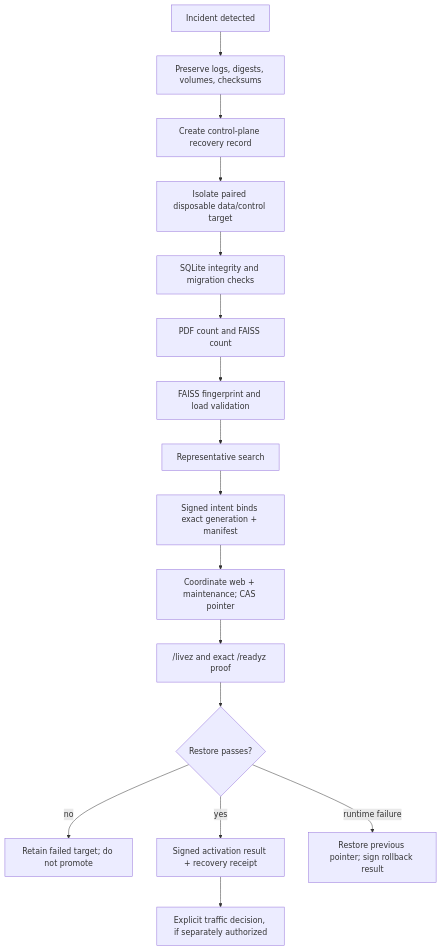
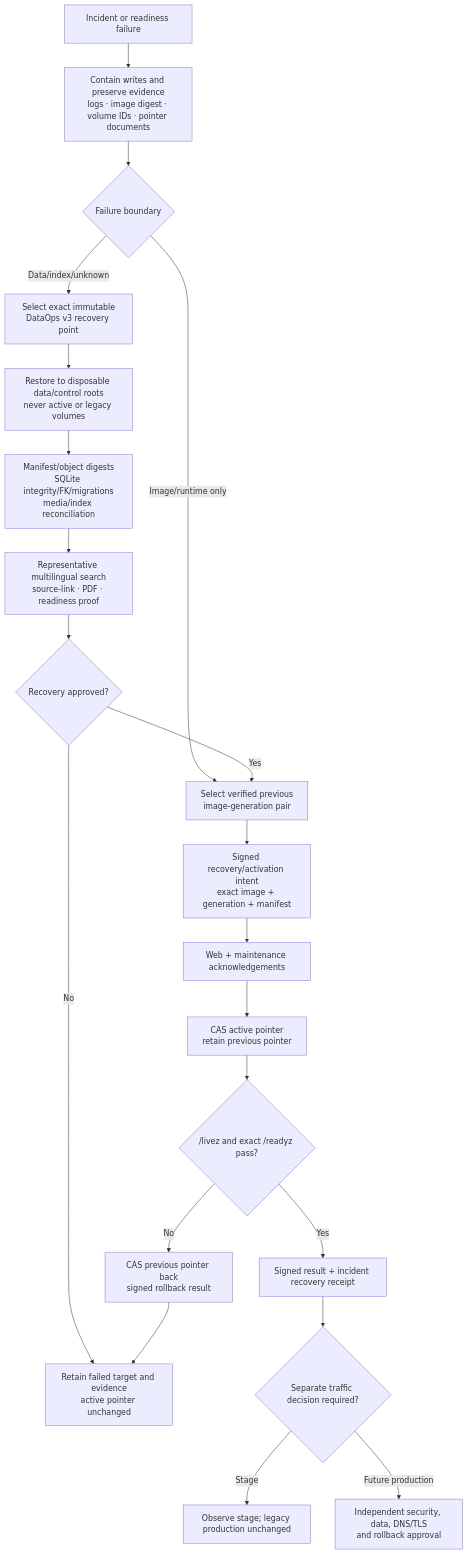
Before and after one commit to Nimble-esolutions/PdfSearch: the diagram in docs/diagrams/incident-recovery.mmd, drawn with Mermaid. The commit also changed 69 other files, not shown here.

First line of the commit message:
Optimize signed-runtime search latency and answer continuity (#192)

```diff
--- a/docs/diagrams/incident-recovery.mmd
+++ b/docs/diagrams/incident-recovery.mmd
@@ -1,16 +1,25 @@
 flowchart TD
-    incident["Incident detected"] --> evidence["Preserve logs, digests, volumes, checksums"]
-    evidence --> record["Create control-plane recovery record"]
-    record --> isolate["Isolate paired disposable data/control target"]
-    isolate --> integrity["SQLite integrity and migration checks"]
-    integrity --> counts["PDF count and FAISS count"]
-    counts --> indexes["FAISS fingerprint and load validation"]
-    indexes --> search["Representative search"]
-    search --> intent["Signed intent binds exact generation + manifest"]
-    intent --> coordinate["Coordinate web + maintenance; CAS pointer"]
-    coordinate --> endpoints["/livez and exact /readyz proof"]
-    endpoints --> decision{"Restore passes?"}
-    decision -- "no" --> retain["Retain failed target; do not promote"]
-    decision -- "yes" --> receipt["Signed activation result + recovery receipt"]
-    decision -- "runtime failure" --> rollback["Restore previous pointer; sign rollback result"]
-    receipt --> approve["Explicit traffic decision, if separately authorized"]
+    incident["Incident or readiness failure"] --> contain["Contain writes and preserve evidence<br/>logs · image digest · volume IDs · pointer documents"]
+    contain --> classify{"Failure boundary"}
+
+    classify -->|Image/runtime only| image_pair["Select verified previous<br/>image-generation pair"]
+    classify -->|Data/index/unknown| point["Select exact immutable<br/>DataOps v3 recovery point"]
+
+    point --> isolate["Restore to disposable data/control roots<br/>never active or legacy volumes"]
+    isolate --> verify["Manifest/object digests<br/>SQLite integrity/FK/migrations<br/>media/index reconciliation"]
+    verify --> behavior["Representative multilingual search<br/>source-link · PDF · readiness proof"]
+    behavior --> approved{"Recovery approved?"}
+    approved -->|No| retain["Retain failed target and evidence<br/>active pointer unchanged"]
+    approved -->|Yes| image_pair
+
+    image_pair --> intent["Signed recovery/activation intent<br/>exact image + generation + manifest"]
+    intent --> coordinate["Web + maintenance acknowledgements"]
+    coordinate --> cas["CAS active pointer<br/>retain previous pointer"]
+    cas --> readiness{"/livez and exact /readyz pass?"}
+    readiness -->|Yes| receipt["Signed result + incident recovery receipt"]
+    readiness -->|No| rollback["CAS previous pointer back<br/>signed rollback result"]
+    rollback --> retain
+
+    receipt --> traffic{"Separate traffic decision required?"}
+    traffic -->|Stage| observe["Observe stage; legacy production unchanged"]
+    traffic -->|Future production| cutover["Independent security, data, DNS/TLS<br/>and rollback approval"]
```
